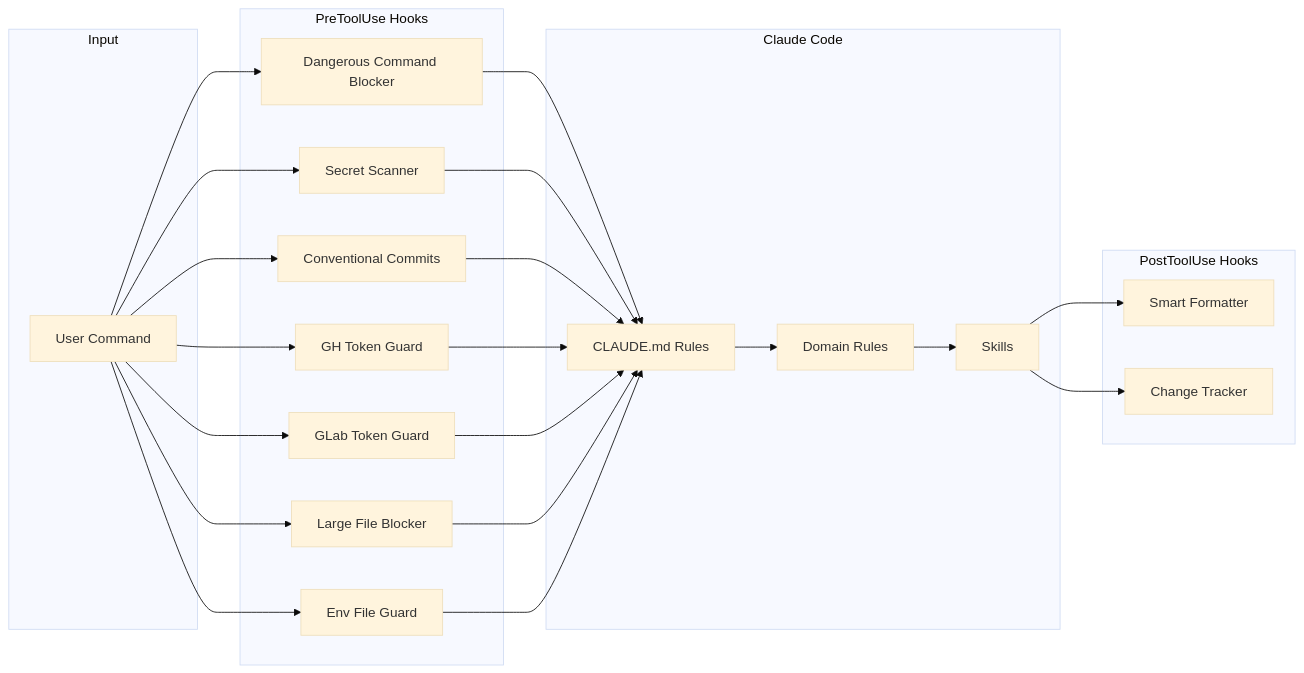
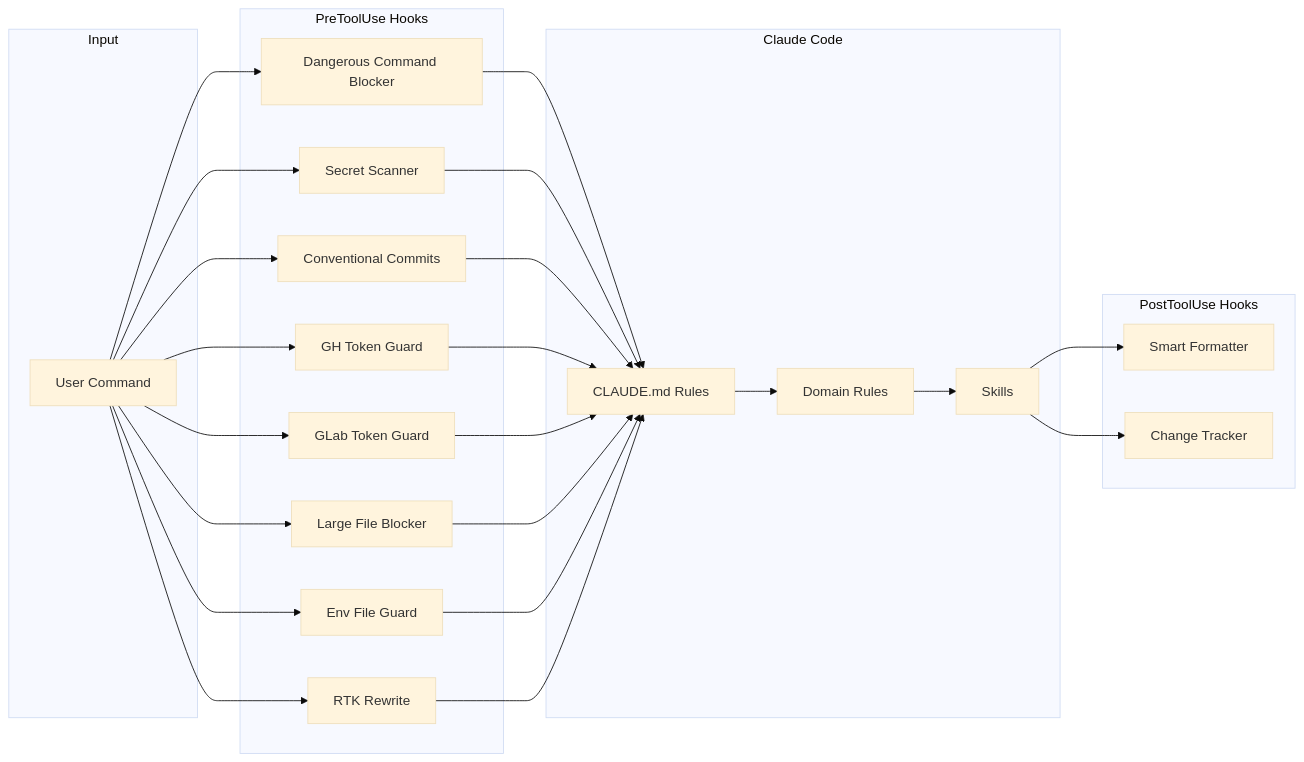
Before and after one commit to gufranco/claude-engineering-rules: the diagram in README.md, drawn with Mermaid (base theme). The commit also changed other lines of this file and 3 other files, not shown here.

First line of the commit message:
feat(hooks): add RTK rewrite hook and caveman plugin

````diff
--- a/README.md
+++ b/README.md
@@ -95,29 +95,30 @@
 ```mermaid
 graph LR
     subgraph Input
         A[User Command]
     end
     subgraph PreToolUse Hooks
         B[Dangerous Command Blocker]
         C[Secret Scanner]
         D[Conventional Commits]
         B2[GH Token Guard]
         B3[GLab Token Guard]
         E2[Large File Blocker]
         F2[Env File Guard]
+        R[RTK Rewrite]
     end
     subgraph Claude Code
         E[CLAUDE.md Rules]
         F[Domain Rules]
         G[Skills]
     end
     subgraph PostToolUse Hooks
         H[Smart Formatter]
         I[Change Tracker]
     end
-    A --> B & C & D & B2 & B3 & E2 & F2
-    B & C & D & B2 & B3 & E2 & F2 --> E
+    A --> B & C & D & B2 & B3 & E2 & F2 & R
+    B & C & D & B2 & B3 & E2 & F2 & R --> E
     E --> F
     F --> G
     G --> H & I
 ```
````
